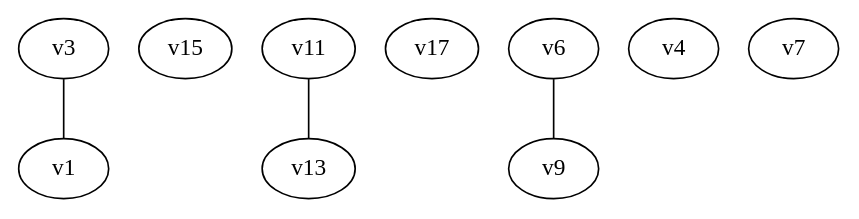
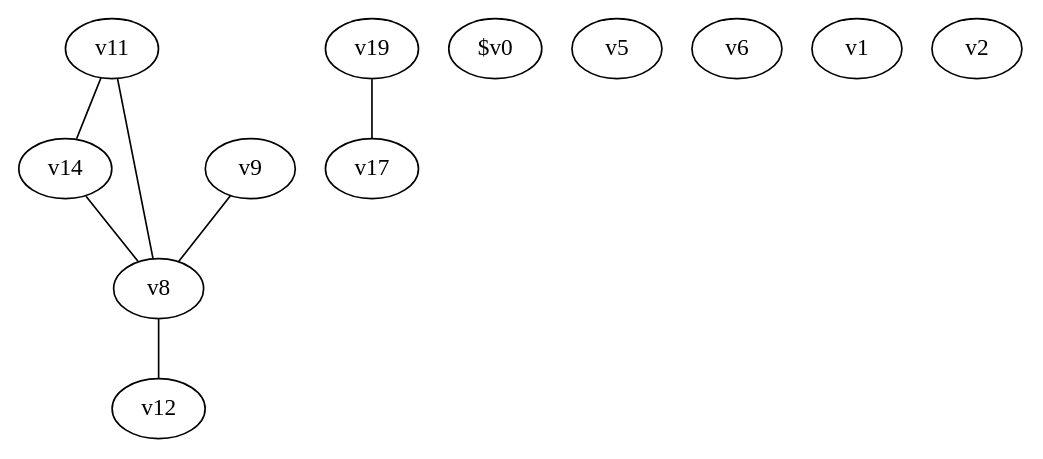
The diagram in ig.dot (AidanGoldfarb/CtoMIPS), drawn with Graphviz before and after one commit. The commit also changed 7 other files, not shown here.

```diff
--- a/ig.dot
+++ b/ig.dot
@@ -1,15 +1,20 @@
 graph {
-"v3"
-"v15"
+"v14"
+"v17"
+"$v0"
+"v5"
+"v8"
+"v6"
 "v11"
-"v17"
 "v9"
-"v4"
-"v13"
-"v7"
-"v6"
 "v1"
-"v6" -- "v9"
-"v3" -- "v1"
-"v11" -- "v13"
+"v19"
+"v2"
+"v12"
+"v9" -- "v8"
+"v11" -- "v8"
+"v11" -- "v14"
+"v8" -- "v12"
+"v19" -- "v17"
+"v14" -- "v8"
 }
```
